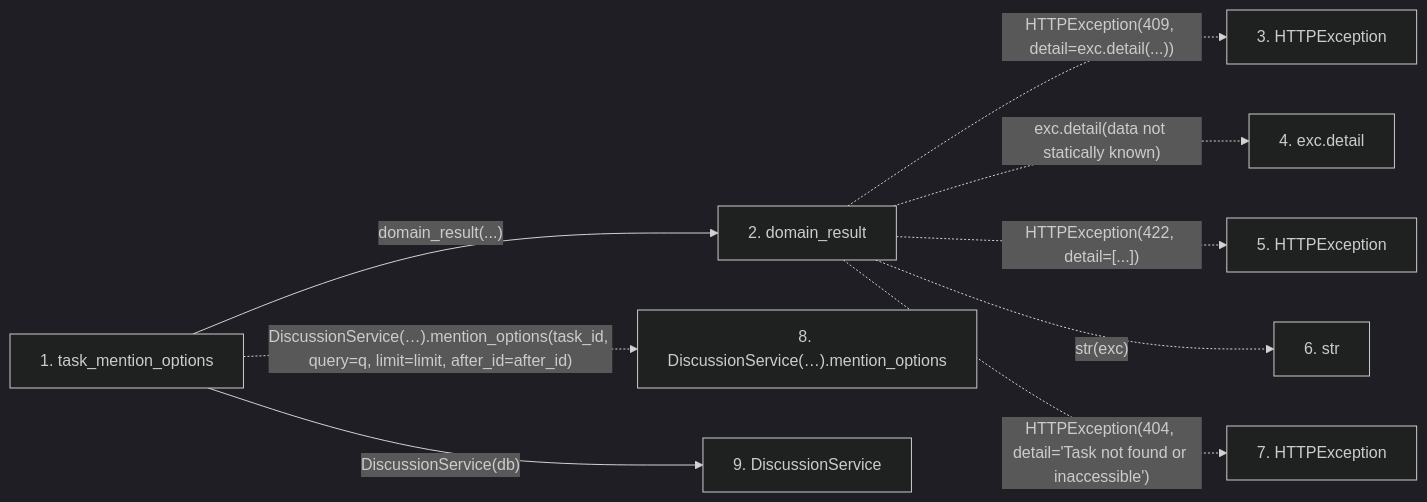
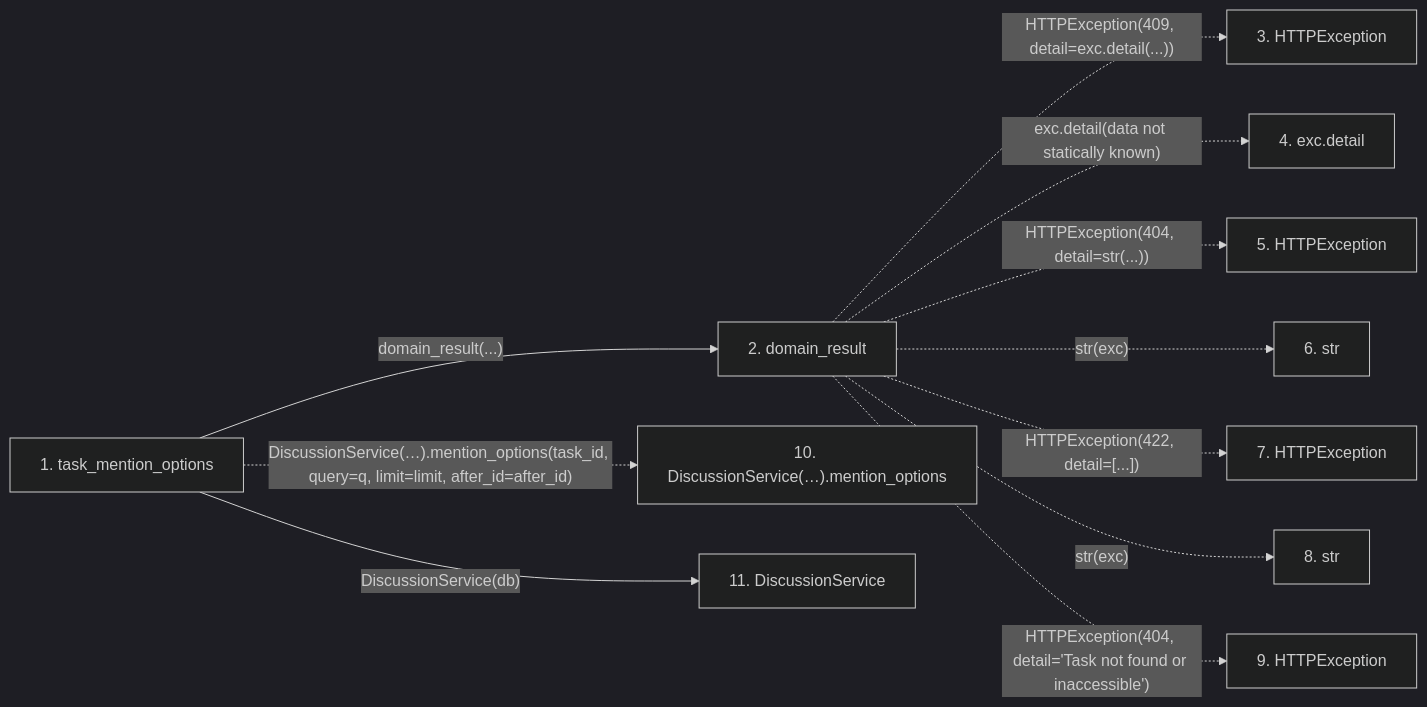
The second of 2 diagrams in docs/llm_wiki/flows/http-task_mention_options.md (Denissvgn/WorkChord), drawn with Mermaid (dark theme) before and after one commit. The commit also changed other lines of this file and 6624 other files, not shown here.

````diff
--- a/docs/llm_wiki/flows/http-task_mention_options.md
+++ b/docs/llm_wiki/flows/http-task_mention_options.md
@@ -32,23 +34,27 @@
 ```mermaid
 flowchart LR
     s1["1. task_mention_options"]
     s2["2. domain_result"]
     s3["3. HTTPException"]
     s4["4. exc.detail"]
     s5["5. HTTPException"]
     s6["6. str"]
     s7["7. HTTPException"]
-    s8["8. DiscussionService(…).mention_options"]
-    s9["9. DiscussionService"]
+    s8["8. str"]
+    s9["9. HTTPException"]
+    s10["10. DiscussionService(…).mention_options"]
+    s11["11. DiscussionService"]
     s1 -->|"domain_result(...)"| s2
     s2 -. "HTTPException(409, detail=exc.detail(...))" .-> s3
     s2 -. "exc.detail(data not statically known)" .-> s4
-    s2 -. "HTTPException(422, detail=[...])" .-> s5
+    s2 -. "HTTPException(404, detail=str(...))" .-> s5
     s2 -. "str(exc)" .-> s6
-    s2 -. "HTTPException(404, detail='Task not found or inaccessible')" .-> s7
-    s1 -. "DiscussionService(…).mention_options(task_id, query=q, limit=limit, after_id=after_id)" .-> s8
-    s1 -->|"DiscussionService(db)"| s9
+    s2 -. "HTTPException(422, detail=[...])" .-> s7
+    s2 -. "str(exc)" .-> s8
+    s2 -. "HTTPException(404, detail='Task not found or inaccessible')" .-> s9
+    s1 -. "DiscussionService(…).mention_options(task_id, query=q, limit=limit, after_id=after_id)" .-> s10
+    s1 -->|"DiscussionService(db)"| s11
     click s1 "../modules/routers_discussion.md"
     click s2 "../modules/routers_task_domain.md"
-    click s9 "../modules/discussion_service.md"
+    click s11 "../modules/discussion_service.md"
 ```
````
